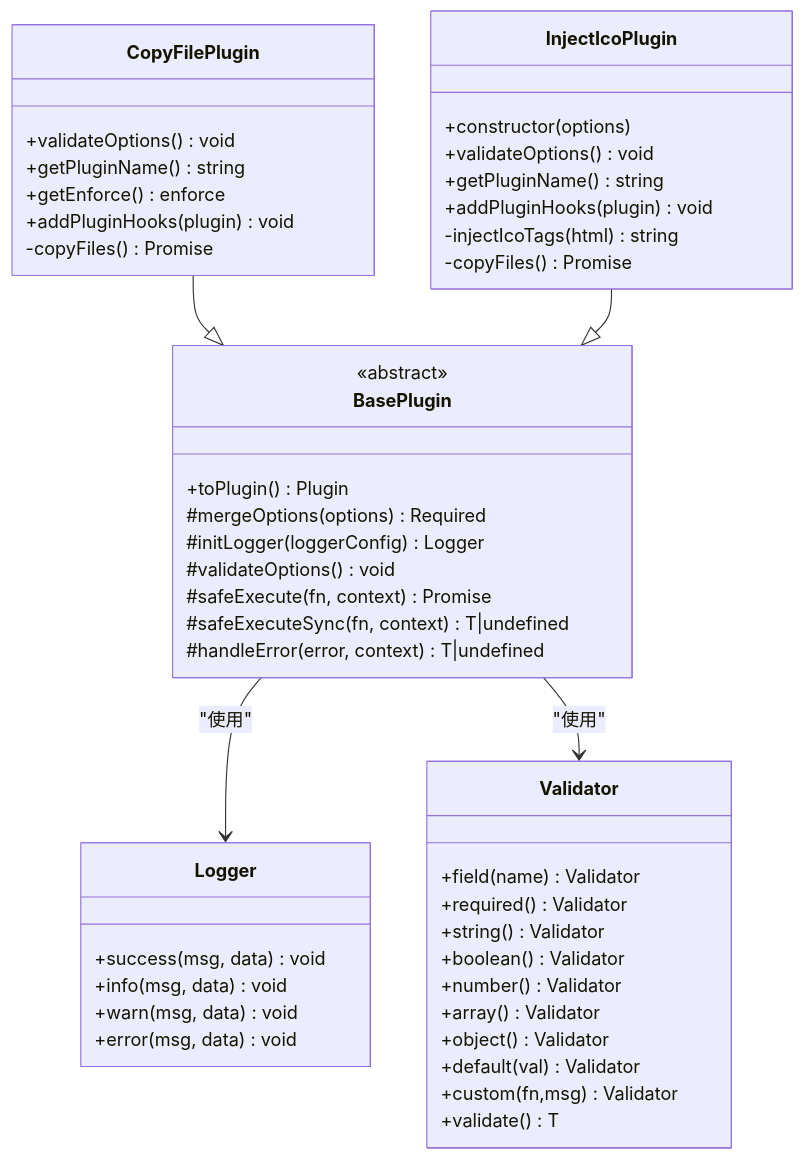
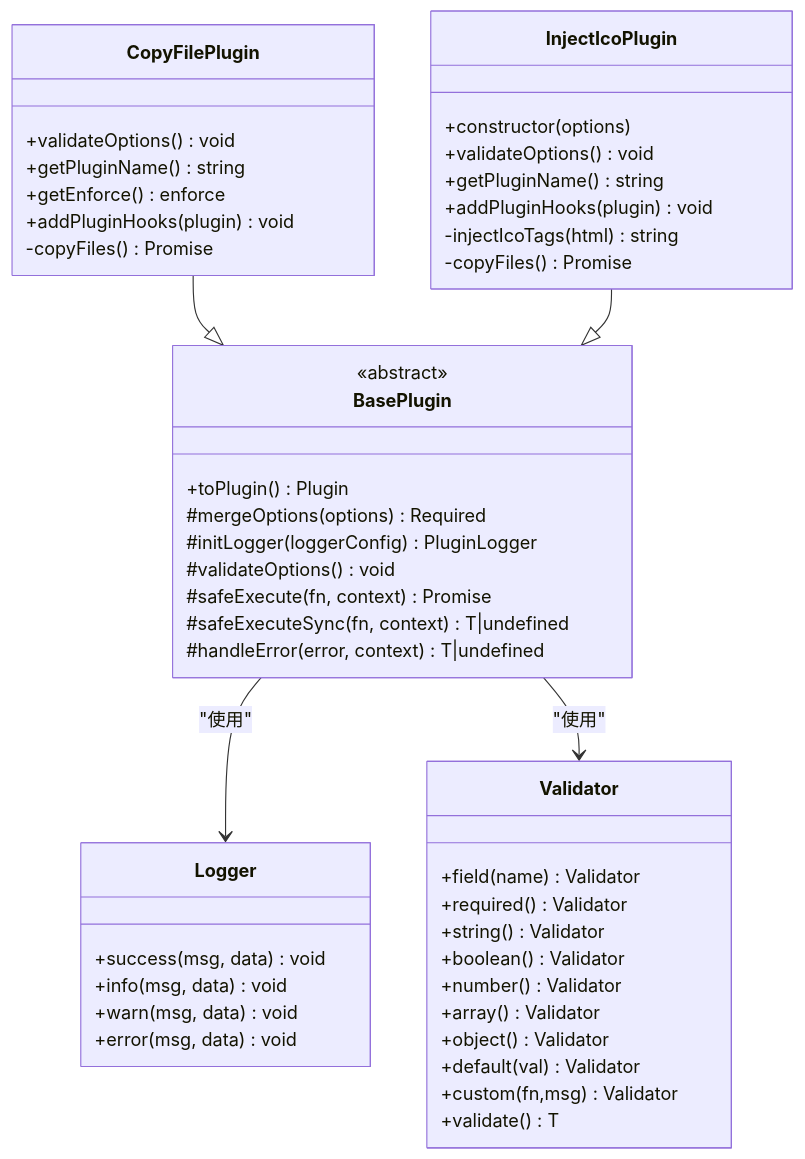
Before and after one commit to MengXi-Studio/vite-plugin: the second of 6 diagrams in .qoder/repowiki/zh/content/插件开发/插件开发.md, drawn with Mermaid. The commit also changed other lines of this file and 5 other files, not shown here.

````diff
--- a/.qoder/repowiki/zh/content/插件开发/插件开发.md
+++ b/.qoder/repowiki/zh/content/插件开发/插件开发.md
@@ -105,50 +114,50 @@
 ```mermaid
 classDiagram
 class BasePlugin {
 +toPlugin() Plugin
 #mergeOptions(options) Required<T>
-#initLogger(loggerConfig) Logger
+#initLogger(loggerConfig) PluginLogger
 #validateOptions() void
 #safeExecute(fn, context) Promise
 #safeExecuteSync(fn, context) T|undefined
 #handleError(error, context) T|undefined
 <<abstract>>
 }
 class CopyFilePlugin {
 +validateOptions() void
 +getPluginName() string
 +getEnforce() enforce
 +addPluginHooks(plugin) void
 -copyFiles() Promise<void>
 }
 class InjectIcoPlugin {
 +constructor(options)
 +validateOptions() void
 +getPluginName() string
 +addPluginHooks(plugin) void
 -injectIcoTags(html) string
 -copyFiles() Promise<void>
 }
 class Logger {
 +success(msg, data) void
 +info(msg, data) void
 +warn(msg, data) void
 +error(msg, data) void
 }
 class Validator {
 +field(name) Validator
 +required() Validator
 +string() Validator
 +boolean() Validator
 +number() Validator
 +array() Validator
 +object() Validator
 +default(val) Validator
 +custom(fn,msg) Validator
 +validate() T
 }
 BasePlugin --> Logger : "使用"
 BasePlugin --> Validator : "使用"
 CopyFilePlugin --|> BasePlugin
 InjectIcoPlugin --|> BasePlugin
 ```
````
